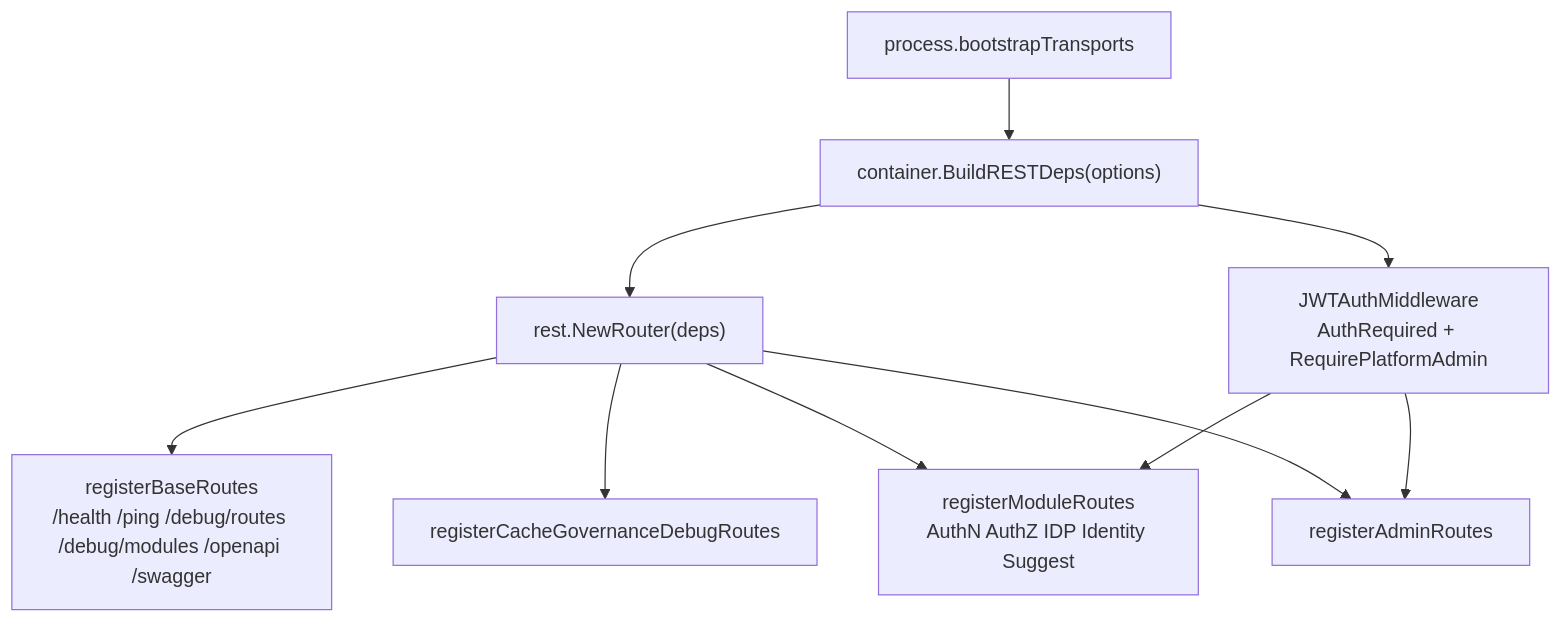
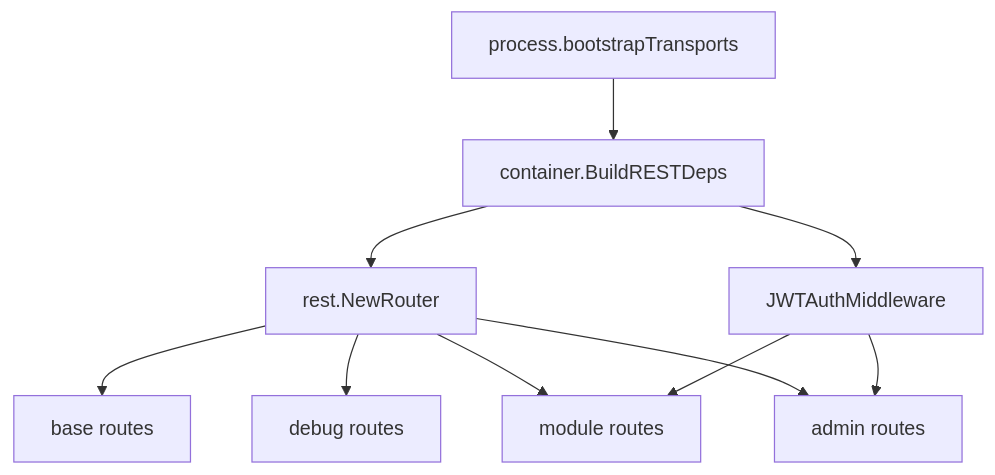
Before and after one commit to FangcunMount/iam: the fifth of 11 diagrams in docs/00-概览/01-系统架构总览.md, drawn with Mermaid. The commit also changed other lines of this file and 11 other files, not shown here.

````diff
--- a/docs/00-概览/01-系统架构总览.md
+++ b/docs/00-概览/01-系统架构总览.md
@@ -195,21 +348,22 @@
 ```mermaid
 flowchart TD
     Process["process.bootstrapTransports"]
-    BuildDeps["container.BuildRESTDeps(options)"]
-    Router["rest.NewRouter(deps)"]
-    Base["registerBaseRoutes\n/health /ping /debug/routes /debug/modules /openapi /swagger"]
-    Debug["registerCacheGovernanceDebugRoutes"]
-    Module["registerModuleRoutes\nAuthN AuthZ IDP Identity Suggest"]
-    Admin["registerAdminRoutes"]
-    Middleware["JWTAuthMiddleware\nAuthRequired + RequirePlatformAdmin"]
+    BuildDeps["container.BuildRESTDeps"]
+    Router["rest.NewRouter"]
+    Base["base routes"]
+    Debug["debug routes"]
+    Module["module routes"]
+    Admin["admin routes"]
+    JWT["JWTAuthMiddleware"]
 
     Process --> BuildDeps
     BuildDeps --> Router
     Router --> Base
     Router --> Debug
     Router --> Module
     Router --> Admin
-    BuildDeps --> Middleware
-    Middleware --> Module
-    Middleware --> Admin
+
+    BuildDeps --> JWT
+    JWT --> Module
+    JWT --> Admin
 ```
````
